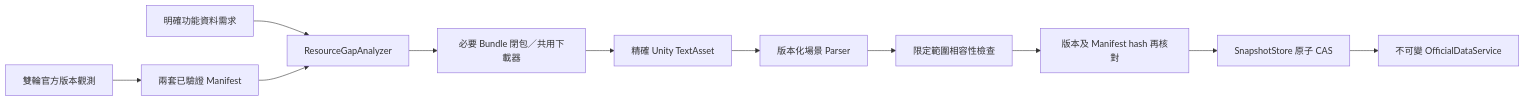
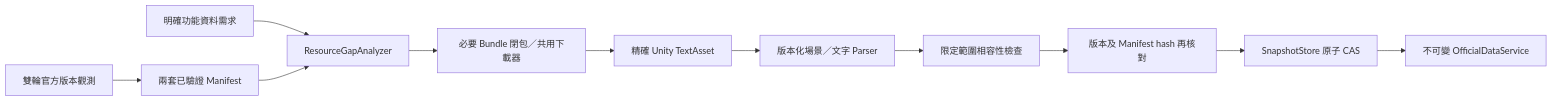
Before and after one commit to blesses0603/WLRe_lala: the second of 2 diagrams in ARCHITECTURE.md, drawn with Mermaid. The commit also changed 5 other files, not shown here.

````diff
--- a/ARCHITECTURE.md
+++ b/ARCHITECTURE.md
@@ -60,13 +60,13 @@
 ```mermaid
 flowchart LR
     Demand[明確功能資料需求] --> Gap[ResourceGapAnalyzer]
     Observe[雙輪官方版本觀測] --> Manifest[兩套已驗證 Manifest]
     Manifest --> Gap
     Gap --> Download[必要 Bundle 閉包／共用下載器]
     Download --> Extract[精確 Unity TextAsset]
-    Extract --> Parser[版本化場景 Parser]
+    Extract --> Parser[版本化場景／文字 Parser]
     Parser --> Validate[限定範圍相容性檢查]
     Validate --> Recheck[版本及 Manifest hash 再核對]
     Recheck --> CAS[SnapshotStore 原子 CAS]
     CAS --> Query[不可變 OfficialDataService]
 ```
````
